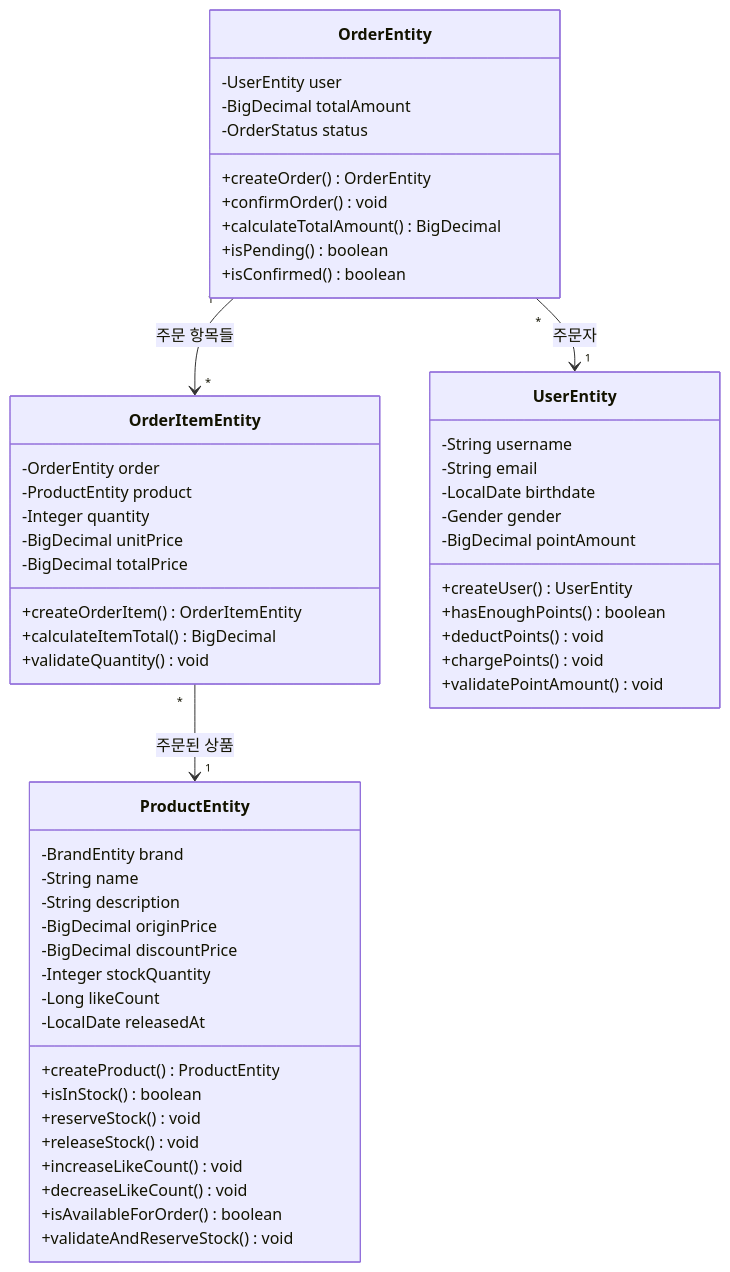
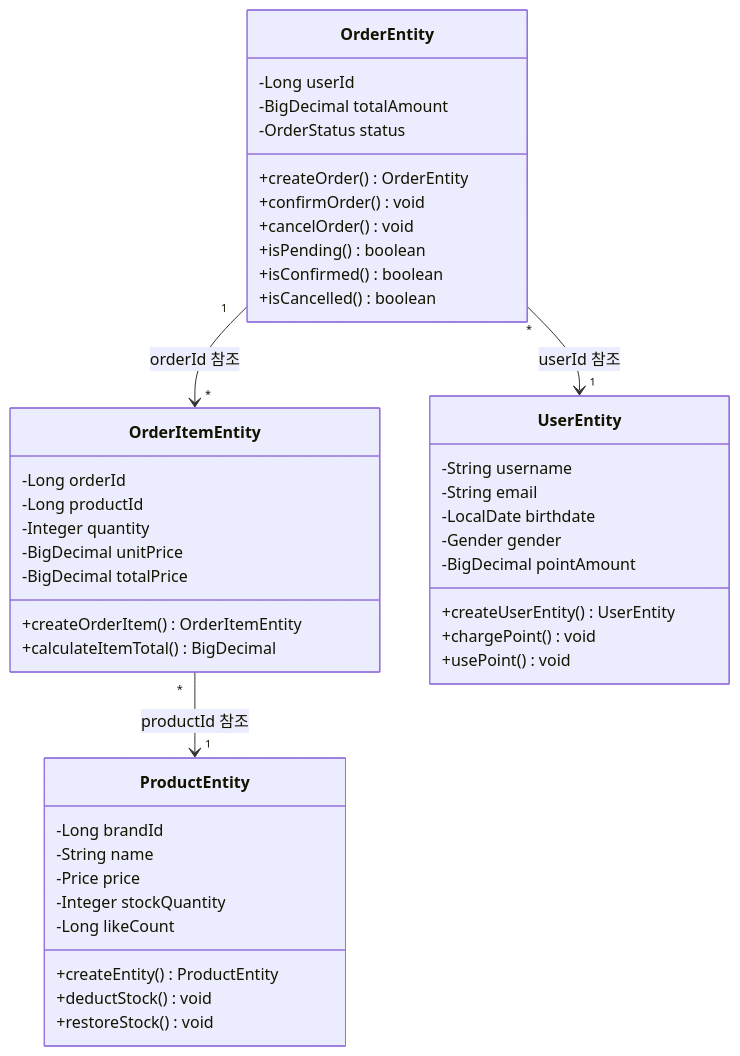
One commit to hyujikoh/loopers-spring-java-template changed the fifth of 5 diagrams in docs/week2/03-class-diagram.md. Above: the diagram before and after it, drawn with Mermaid. The commit also changed other lines of this file and 2 other files, not shown here.

````diff
--- a/docs/week2/03-class-diagram.md
+++ b/docs/week2/03-class-diagram.md
@@ -253,60 +250,50 @@
 ```mermaid
 classDiagram
     class OrderEntity {
-        -UserEntity user
+        -Long userId
         -BigDecimal totalAmount
         -OrderStatus status
         +createOrder() OrderEntity
         +confirmOrder() void
-        +calculateTotalAmount() BigDecimal
+        +cancelOrder() void
         +isPending() boolean
         +isConfirmed() boolean
+        +isCancelled() boolean
     }
 
     class OrderItemEntity {
-        -OrderEntity order
-        -ProductEntity product
+        -Long orderId
+        -Long productId
         -Integer quantity
         -BigDecimal unitPrice
         -BigDecimal totalPrice
         +createOrderItem() OrderItemEntity
         +calculateItemTotal() BigDecimal
-        +validateQuantity() void
     }
 
     class UserEntity {
         -String username
         -String email
         -LocalDate birthdate
         -Gender gender
         -BigDecimal pointAmount
-        +createUser() UserEntity
-        +hasEnoughPoints() boolean
-        +deductPoints() void
-        +chargePoints() void
-        +validatePointAmount() void
+        +createUserEntity() UserEntity
+        +chargePoint() void
+        +usePoint() void
     }
 
     class ProductEntity {
-        -BrandEntity brand
+        -Long brandId
         -String name
-        -String description
-        -BigDecimal originPrice
-        -BigDecimal discountPrice
+        -Price price
         -Integer stockQuantity
         -Long likeCount
-        -LocalDate releasedAt
-        +createProduct() ProductEntity
-        +isInStock() boolean
-        +reserveStock() void
-        +releaseStock() void
-        +increaseLikeCount() void
-        +decreaseLikeCount() void
-        +isAvailableForOrder() boolean
-        +validateAndReserveStock() void
+        +createEntity() ProductEntity
+        +deductStock() void
+        +restoreStock() void
     }
 
-    OrderEntity "1" --> "*" OrderItemEntity : 주문 항목들
-    OrderEntity "*" --> "1" UserEntity : 주문자
-    OrderItemEntity "*" --> "1" ProductEntity : 주문된 상품
+    OrderEntity "1" --> "*" OrderItemEntity : orderId 참조
+    OrderEntity "*" --> "1" UserEntity : userId 참조
+    OrderItemEntity "*" --> "1" ProductEntity : productId 참조
 ```
````
